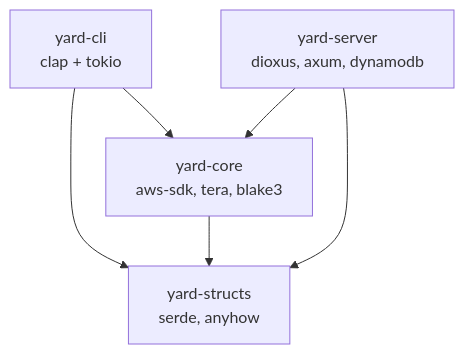
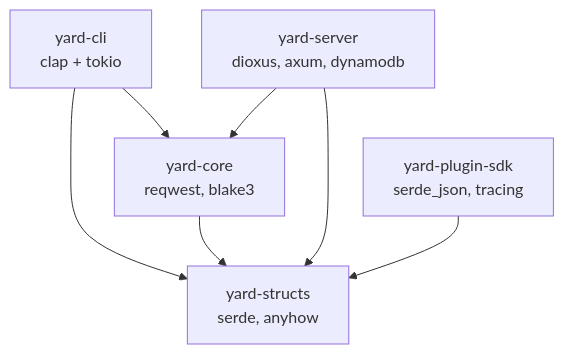
Before and after one commit to sean-mca/yard: the first of 2 diagrams in docs/explanation/architecture.md, drawn with Mermaid. The commit also changed other lines of this file and 28 other files, not shown here.

First line of the commit message:
docs: correct and slim documentation for v2.0 plugin architecture

````diff
--- a/docs/explanation/architecture.md
+++ b/docs/explanation/architecture.md
@@ -29,13 +36,15 @@
 ```mermaid
 graph TD
     CLI[yard-cli<br/>clap + tokio]
-    CORE[yard-core<br/>aws-sdk, tera, blake3]
+    CORE[yard-core<br/>reqwest, blake3]
     STRUCTS[yard-structs<br/>serde, anyhow]
     SERVER[yard-server<br/>dioxus, axum, dynamodb]
+    SDK[yard-plugin-sdk<br/>serde_json, tracing]
 
     CLI --> CORE
     CLI --> STRUCTS
     CORE --> STRUCTS
     SERVER --> CORE
     SERVER --> STRUCTS
+    SDK --> STRUCTS
 ```
````
